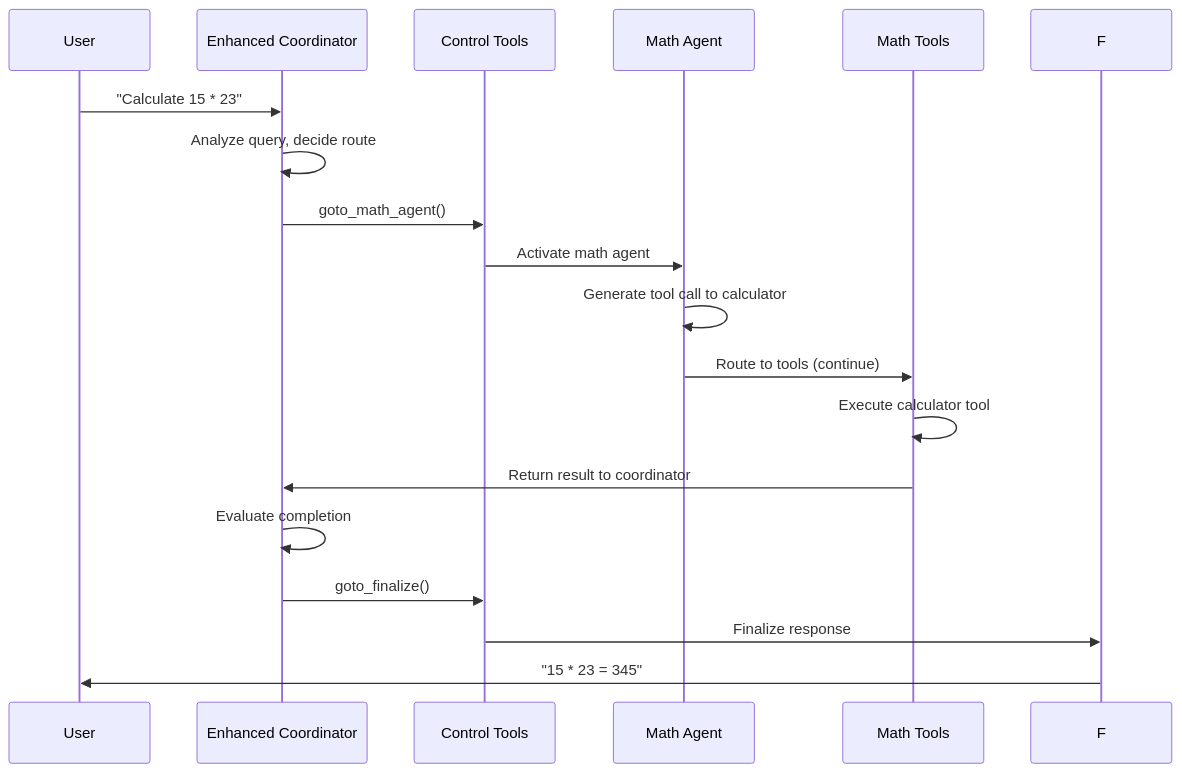
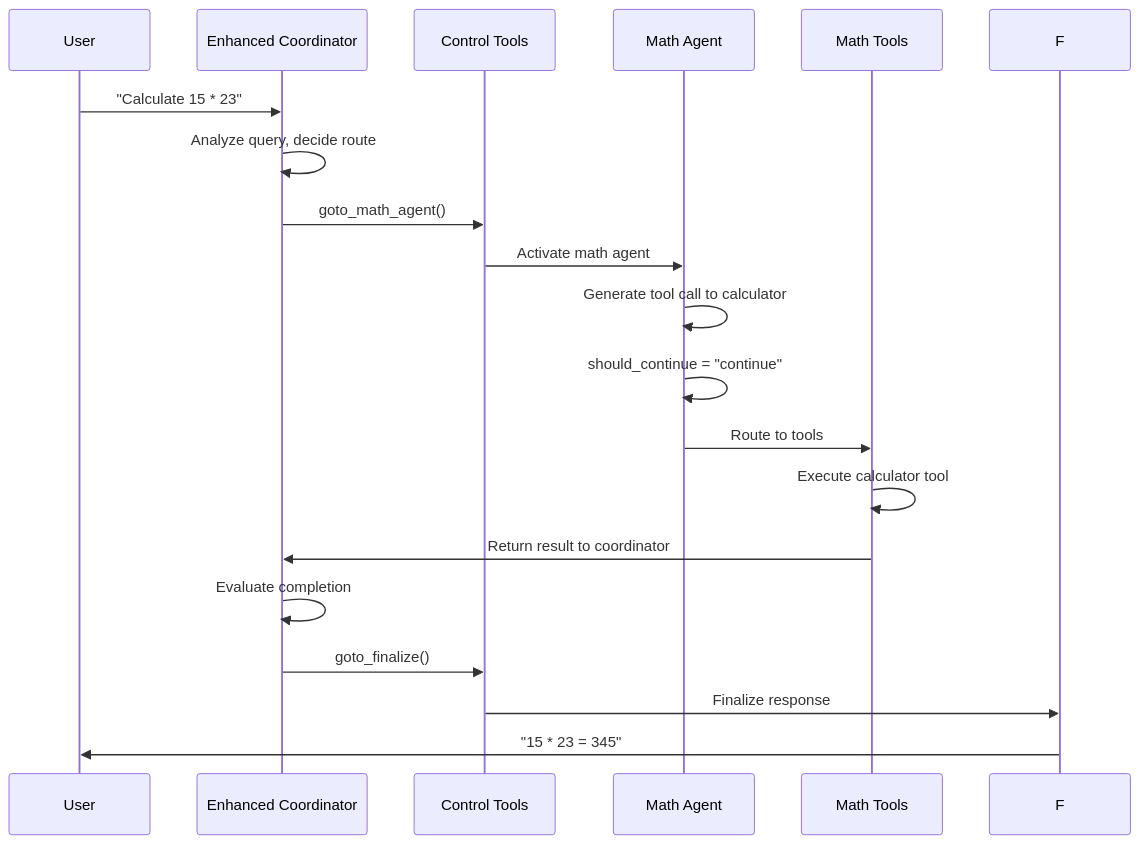
Before and after one commit to jonaskahn/cadence: the ninth of 9 diagrams in docs/concepts/langgraph-architecture.md, drawn with Mermaid. The commit also changed other lines of this file and 5 other files, not shown here.

````diff
--- a/docs/concepts/langgraph-architecture.md
+++ b/docs/concepts/langgraph-architecture.md
@@ -492,21 +421,22 @@
 ```mermaid
 sequenceDiagram
     participant U as User
     participant C as Enhanced Coordinator
     participant CT as Control Tools
     participant MA as Math Agent
     participant MT as Math Tools
     
     U->>C: "Calculate 15 * 23"
     C->>C: Analyze query, decide route
     C->>CT: goto_math_agent()
     CT->>MA: Activate math agent
     MA->>MA: Generate tool call to calculator
-    MA->>MT: Route to tools (continue)
+    MA->>MA: should_continue = "continue"
+    MA->>MT: Route to tools
     MT->>MT: Execute calculator tool
     MT->>C: Return result to coordinator
     C->>C: Evaluate completion
     C->>CT: goto_finalize()
     CT->>F: Finalize response
     F->>U: "15 * 23 = 345"
 ```
````
